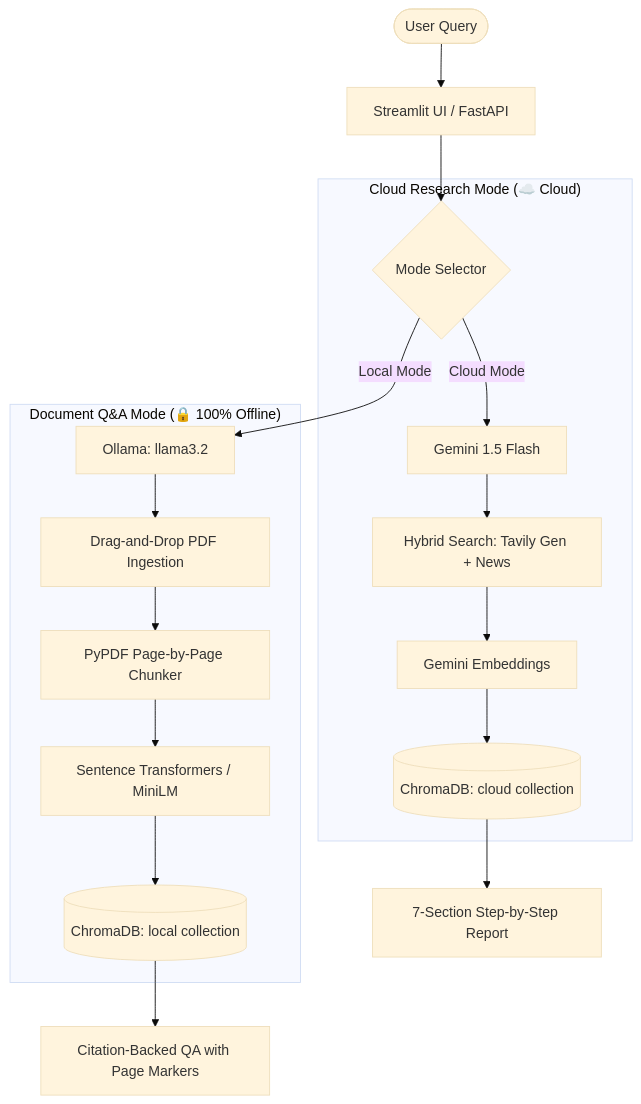
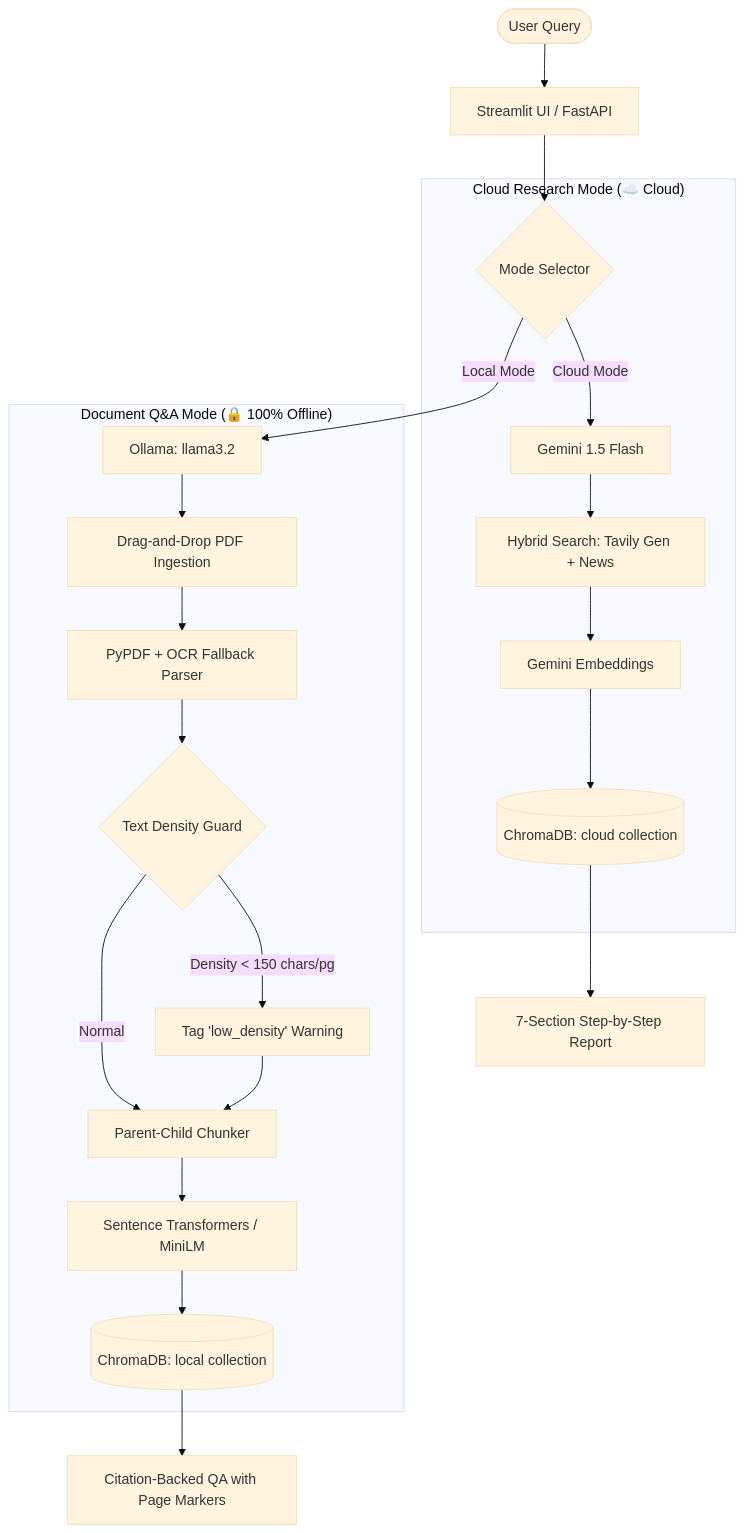
The diagram in README.md (abhishekdev-ap/Reserch-AI-Agent), drawn with Mermaid (base theme) before and after one commit. The commit also changed other lines of this file and 3 other files, not shown here.

Commit message:
Fix local RAG accuracy: Calibrate scores, add scanned document guard, integrate RAG Debugger dashboard, and resolve selectors

````diff
--- a/README.md
+++ b/README.md
@@ -13,23 +13,27 @@
 ```mermaid
 graph TD
     User([User Query]) --> UI[Streamlit UI / FastAPI]
     UI --> Router{Mode Selector}
     
     subgraph "Cloud Research Mode (☁️ Cloud)"
         Router -->|Cloud Mode| Gemini[Gemini 1.5 Flash]
         Gemini --> HybridSearch[Hybrid Search: Tavily Gen + News]
         HybridSearch --> GeminiEmbed[Gemini Embeddings]
         GeminiEmbed --> ChromaCloud[(ChromaDB: cloud collection)]
     end
 
     subgraph "Document Q&A Mode (🔒 100% Offline)"
         Router -->|Local Mode| Ollama[Ollama: llama3.2]
         Ollama --> PDFUploader[Drag-and-Drop PDF Ingestion]
-        PDFUploader --> PyPDFParser[PyPDF Page-by-Page Chunker]
-        PyPDFParser --> HFEmbed[Sentence Transformers / MiniLM]
+        PDFUploader --> PyPDFParser[PyPDF + OCR Fallback Parser]
+        PyPDFParser --> TextDensityCheck{Text Density Guard}
+        TextDensityCheck -->|Density < 150 chars/pg| FlagScanned[Tag 'low_density' Warning]
+        TextDensityCheck -->|Normal| split[Parent-Child Chunker]
+        FlagScanned --> split
+        split --> HFEmbed[Sentence Transformers / MiniLM]
         HFEmbed --> ChromaLocal[(ChromaDB: local collection)]
     end
 
     ChromaCloud --> Report[7-Section Step-by-Step Report]
     ChromaLocal --> QACitation[Citation-Backed QA with Page Markers]
 ```
````
